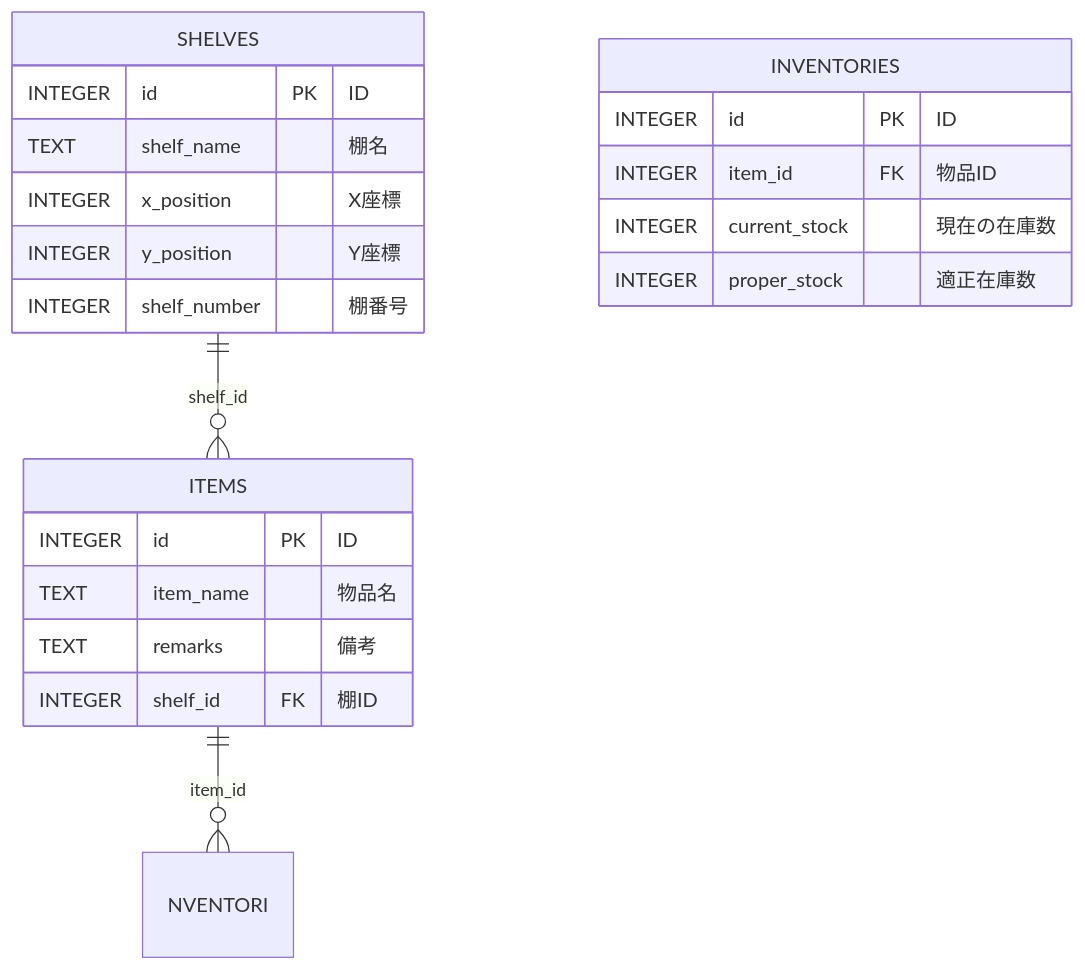
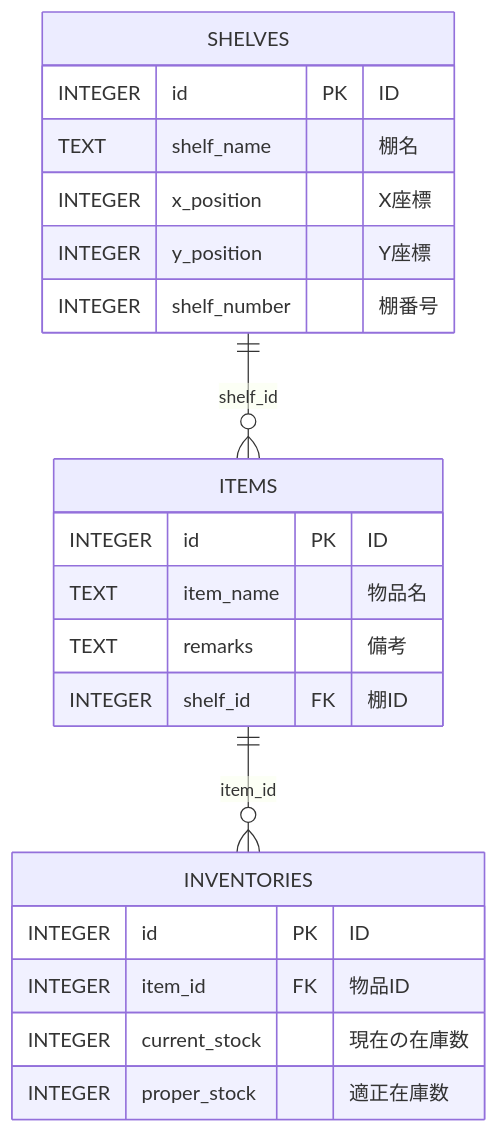
One commit to yuyalush/sampleapp changed the diagram in README.md. Above: the diagram before and after it, drawn with Mermaid.

Commit message:
ER図の修正２

````diff
--- a/README.md
+++ b/README.md
@@ -10,24 +10,24 @@
 ```mermaid
 erDiagram
     ITEMS {
         INTEGER id PK "ID"
         TEXT item_name "物品名"
         TEXT remarks "備考"
         INTEGER shelf_id FK "棚ID"
     }
     SHELVES {
         INTEGER id PK "ID"
         TEXT shelf_name "棚名"
         INTEGER x_position "X座標"
         INTEGER y_position "Y座標"
         INTEGER shelf_number "棚番号"
     }
     INVENTORIES {
         INTEGER id PK "ID"
         INTEGER item_id FK "物品ID"
         INTEGER current_stock "現在の在庫数"
         INTEGER proper_stock "適正在庫数"
     }
     SHELVES ||--o{ ITEMS: "shelf_id"
-    ITEMS ||--o{ NVENTORI: "item_id"
+    ITEMS ||--o{ INVENTORIES: "item_id"
 ```
````
